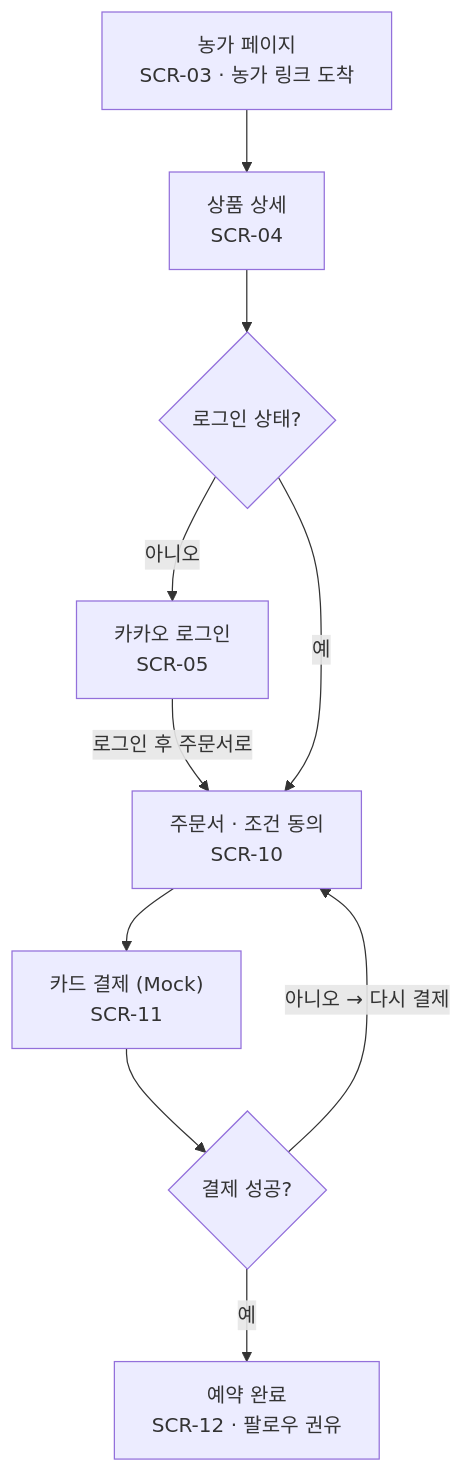
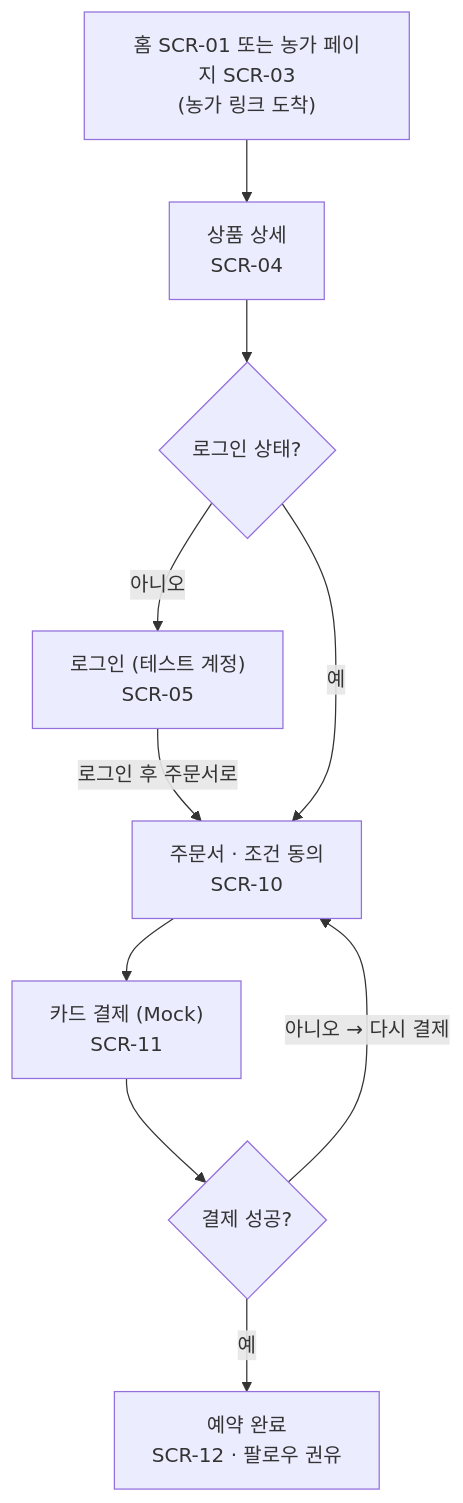
The fourth of 4 diagrams in docs/spec/ia.md (snuhcs-course/swpp-2026-project-team-06), drawn with Mermaid before and after one commit. The commit also changed other lines of this file, not shown here.

Commit message:
docs(spec): ia.md — 소비자 탭·홈·소식(SCR-18)·채팅 레이블·Mock 로그인 반영 (SWPP-26)

````diff
--- a/docs/spec/ia.md
+++ b/docs/spec/ia.md
@@ -207,9 +222,9 @@
 ```mermaid
 flowchart TD
-  fp["농가 페이지<br/>SCR-03 · 농가 링크 도착"] --> pd["상품 상세<br/>SCR-04"] --> d1{"로그인 상태?"}
-  d1 -- 아니오 --> lg["카카오 로그인<br/>SCR-05"]
+  fp["홈 SCR-01 또는 농가 페이지 SCR-03<br/>(농가 링크 도착)"] --> pd["상품 상세<br/>SCR-04"] --> d1{"로그인 상태?"}
+  d1 -- 아니오 --> lg["로그인 (테스트 계정)<br/>SCR-05"]
   lg -- 로그인 후 주문서로 --> co
   d1 -- 예 --> co["주문서 · 조건 동의<br/>SCR-10"] --> py["카드 결제 (Mock)<br/>SCR-11"] --> d2{"결제 성공?"}
   d2 -- 아니오 → 다시 결제 --> co
   d2 -- 예 --> dn["예약 완료<br/>SCR-12 · 팔로우 권유"]
 ```
````
